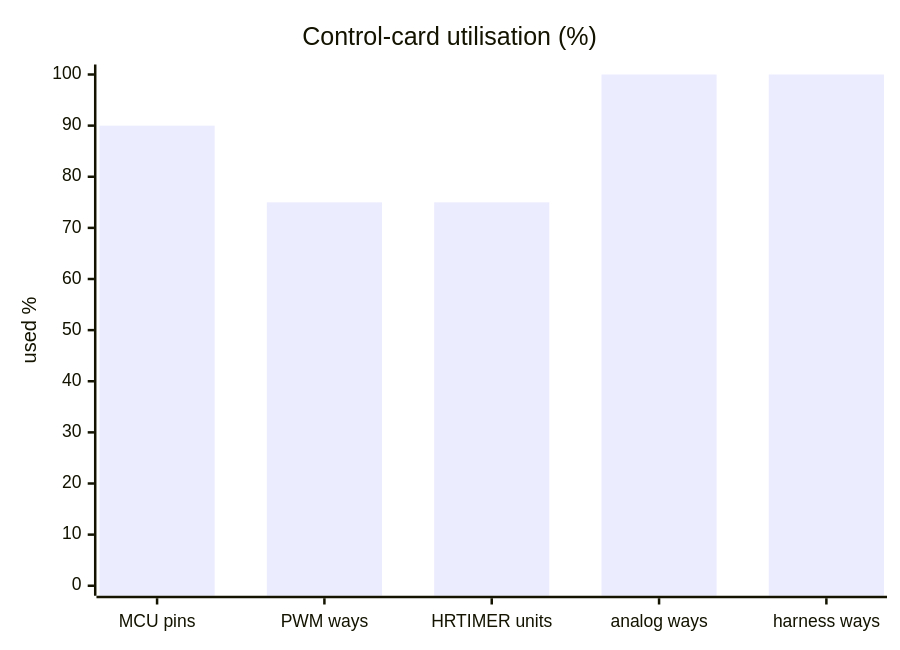
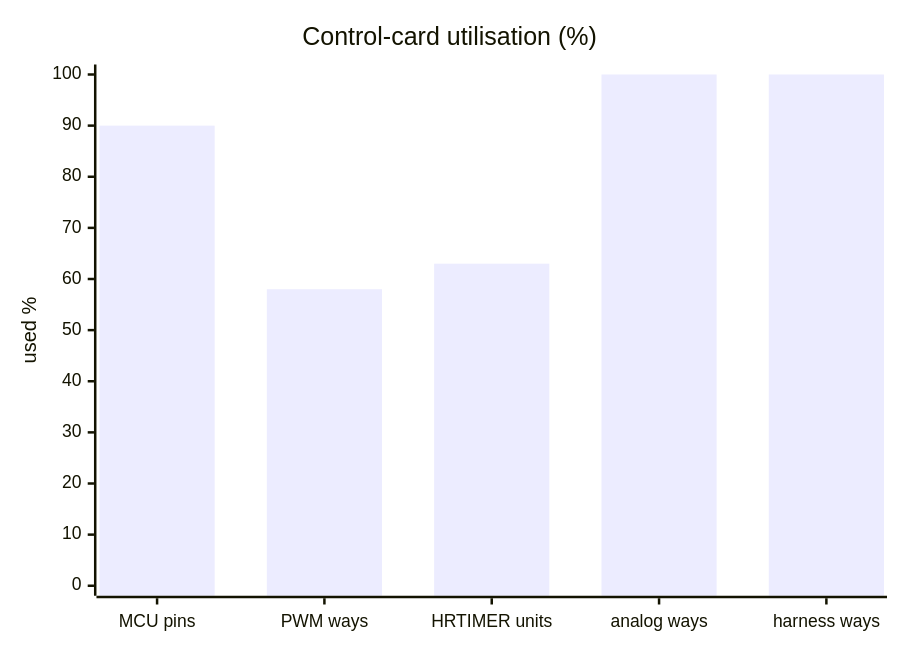
One commit to vectivolt/DC-Modules changed the first of 2 diagrams in docs/control-card-scope.md. Above: the diagram before and after it, drawn with Mermaid. The commit also changed other lines of this file and 802 other files, not shown here.

````diff
--- a/docs/control-card-scope.md
+++ b/docs/control-card-scope.md
@@ -32,7 +32,7 @@
 ```mermaid
 xychart-beta
   title "Control-card utilisation (%)"
   x-axis ["MCU pins", "PWM ways", "HRTIMER units", "analog ways", "harness ways"]
   y-axis "used %" 0 --> 100
-  bar [90, 75, 75, 100, 100]
+  bar [90, 58, 63, 100, 100]
 ```
````
